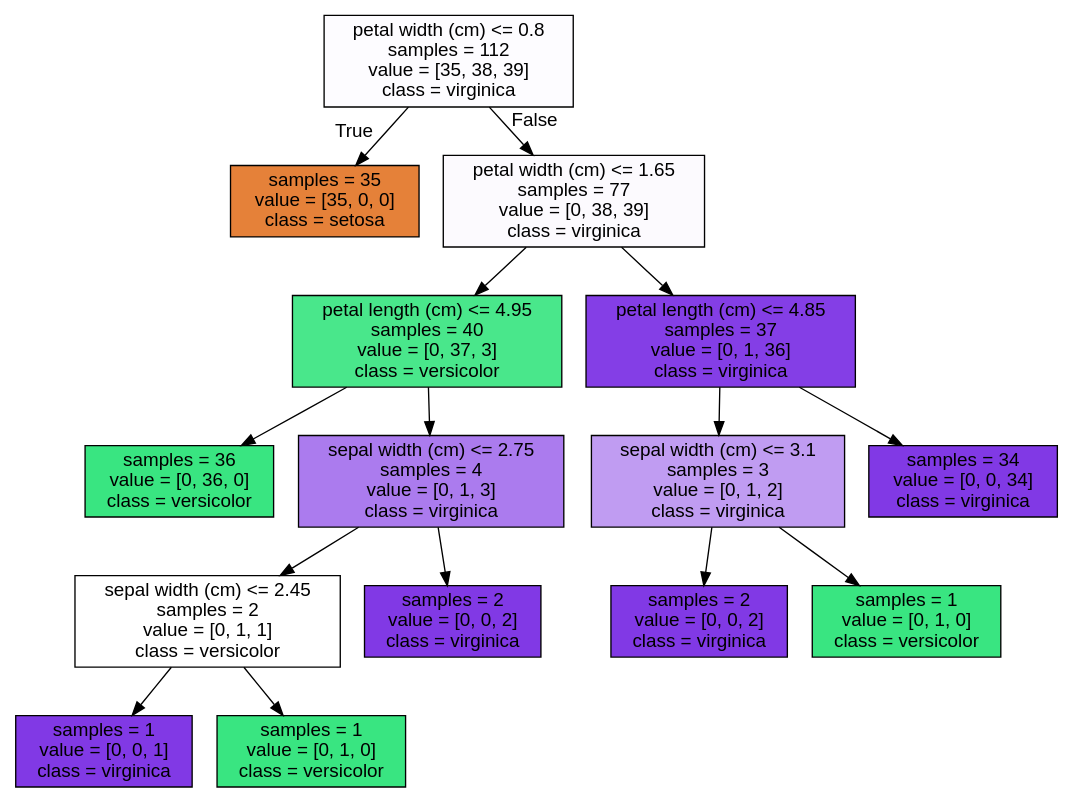
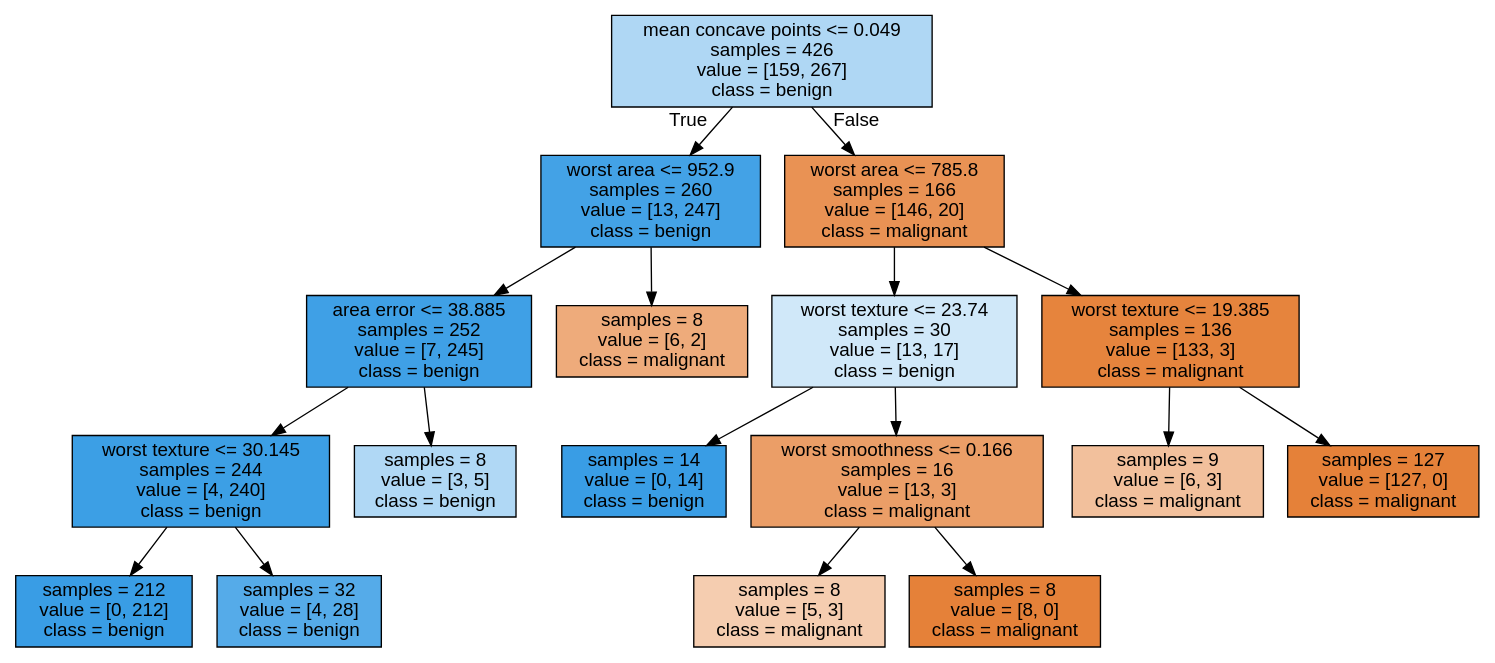
Before and after one commit to schnmnn/applied_data_science: the diagram in Course 3 Applied Machine Learning in Python/week2/adspy_temp.dot, drawn with Graphviz. The commit also changed 2 other files, not shown here.

```diff
--- a/Course 3 Applied Machine Learning in Python/week2/adspy_temp.dot
+++ b/Course 3 Applied Machine Learning in Python/week2/adspy_temp.dot
@@ -1,33 +1,37 @@
 digraph Tree {
 node [shape=box, style="filled", color="black", fontname="helvetica"] ;
 edge [fontname="helvetica"] ;
-0 [label="petal width (cm) <= 0.8\nsamples = 112\nvalue = [35, 38, 39]\nclass = virginica", fillcolor="#fdfcff"] ;
-1 [label="samples = 35\nvalue = [35, 0, 0]\nclass = setosa", fillcolor="#e58139"] ;
+0 [label="mean concave points <= 0.049\nsamples = 426\nvalue = [159, 267]\nclass = benign", fillcolor="#afd7f4"] ;
+1 [label="worst area <= 952.9\nsamples = 260\nvalue = [13, 247]\nclass = benign", fillcolor="#43a2e6"] ;
 0 -> 1 [labeldistance=2.5, labelangle=45, headlabel="True"] ;
-2 [label="petal width (cm) <= 1.65\nsamples = 77\nvalue = [0, 38, 39]\nclass = virginica", fillcolor="#fcfafe"] ;
-0 -> 2 [labeldistance=2.5, labelangle=-45, headlabel="False"] ;
-3 [label="petal length (cm) <= 4.95\nsamples = 40\nvalue = [0, 37, 3]\nclass = versicolor", fillcolor="#49e78b"] ;
+2 [label="area error <= 38.885\nsamples = 252\nvalue = [7, 245]\nclass = benign", fillcolor="#3fa0e6"] ;
+1 -> 2 ;
+3 [label="worst texture <= 30.145\nsamples = 244\nvalue = [4, 240]\nclass = benign", fillcolor="#3c9fe5"] ;
 2 -> 3 ;
-4 [label="samples = 36\nvalue = [0, 36, 0]\nclass = versicolor", fillcolor="#39e581"] ;
+4 [label="samples = 212\nvalue = [0, 212]\nclass = benign", fillcolor="#399de5"] ;
 3 -> 4 ;
-5 [label="sepal width (cm) <= 2.75\nsamples = 4\nvalue = [0, 1, 3]\nclass = virginica", fillcolor="#ab7bee"] ;
+5 [label="samples = 32\nvalue = [4, 28]\nclass = benign", fillcolor="#55abe9"] ;
 3 -> 5 ;
-6 [label="sepal width (cm) <= 2.45\nsamples = 2\nvalue = [0, 1, 1]\nclass = versicolor", fillcolor="#ffffff"] ;
-5 -> 6 ;
-7 [label="samples = 1\nvalue = [0, 0, 1]\nclass = virginica", fillcolor="#8139e5"] ;
-6 -> 7 ;
-8 [label="samples = 1\nvalue = [0, 1, 0]\nclass = versicolor", fillcolor="#39e581"] ;
-6 -> 8 ;
-9 [label="samples = 2\nvalue = [0, 0, 2]\nclass = virginica", fillcolor="#8139e5"] ;
-5 -> 9 ;
-10 [label="petal length (cm) <= 4.85\nsamples = 37\nvalue = [0, 1, 36]\nclass = virginica", fillcolor="#843ee6"] ;
-2 -> 10 ;
-11 [label="sepal width (cm) <= 3.1\nsamples = 3\nvalue = [0, 1, 2]\nclass = virginica", fillcolor="#c09cf2"] ;
-10 -> 11 ;
-12 [label="samples = 2\nvalue = [0, 0, 2]\nclass = virginica", fillcolor="#8139e5"] ;
+6 [label="samples = 8\nvalue = [3, 5]\nclass = benign", fillcolor="#b0d8f5"] ;
+2 -> 6 ;
+7 [label="samples = 8\nvalue = [6, 2]\nclass = malignant", fillcolor="#eeab7b"] ;
+1 -> 7 ;
+8 [label="worst area <= 785.8\nsamples = 166\nvalue = [146, 20]\nclass = malignant", fillcolor="#e99254"] ;
+0 -> 8 [labeldistance=2.5, labelangle=-45, headlabel="False"] ;
+9 [label="worst texture <= 23.74\nsamples = 30\nvalue = [13, 17]\nclass = benign", fillcolor="#d0e8f9"] ;
+8 -> 9 ;
+10 [label="samples = 14\nvalue = [0, 14]\nclass = benign", fillcolor="#399de5"] ;
+9 -> 10 ;
+11 [label="worst smoothness <= 0.166\nsamples = 16\nvalue = [13, 3]\nclass = malignant", fillcolor="#eb9e67"] ;
+9 -> 11 ;
+12 [label="samples = 8\nvalue = [5, 3]\nclass = malignant", fillcolor="#f5cdb0"] ;
 11 -> 12 ;
-13 [label="samples = 1\nvalue = [0, 1, 0]\nclass = versicolor", fillcolor="#39e581"] ;
+13 [label="samples = 8\nvalue = [8, 0]\nclass = malignant", fillcolor="#e58139"] ;
 11 -> 13 ;
-14 [label="samples = 34\nvalue = [0, 0, 34]\nclass = virginica", fillcolor="#8139e5"] ;
-10 -> 14 ;
+14 [label="worst texture <= 19.385\nsamples = 136\nvalue = [133, 3]\nclass = malignant", fillcolor="#e6843d"] ;
+8 -> 14 ;
+15 [label="samples = 9\nvalue = [6, 3]\nclass = malignant", fillcolor="#f2c09c"] ;
+14 -> 15 ;
+16 [label="samples = 127\nvalue = [127, 0]\nclass = malignant", fillcolor="#e58139"] ;
+14 -> 16 ;
 }
```
